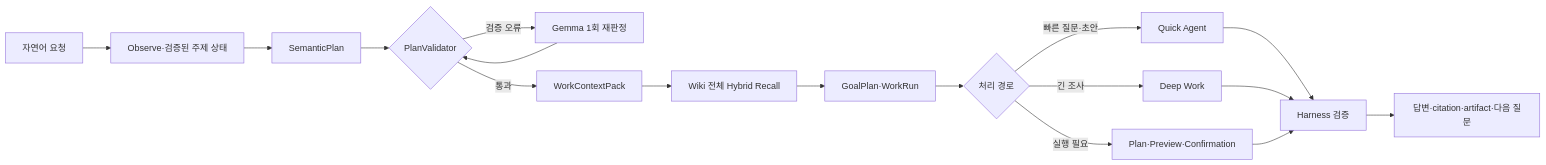
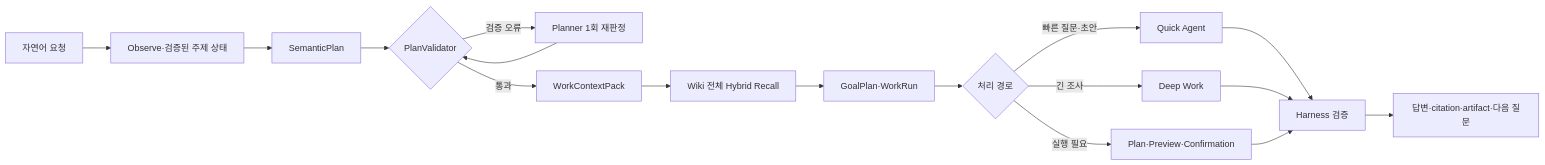
The third of 3 diagrams in data/boi/public/boi-wiki-manual/agent/using-boi-agent.md (chokukil/boi-wiki), drawn with Mermaid before and after one commit. The commit also changed other lines of this file and 9 other files, not shown here.

````diff
--- a/data/boi/public/boi-wiki-manual/agent/using-boi-agent.md
+++ b/data/boi/public/boi-wiki-manual/agent/using-boi-agent.md
@@ -200,19 +200,19 @@
 ```mermaid
 flowchart LR
   Q["자연어 요청"] --> O["Observe·검증된 주제 상태"]
   O --> S["SemanticPlan"]
   S --> V{"PlanValidator"}
-  V -->|검증 오류| REPAIR["Gemma 1회 재판정"]
+  V -->|검증 오류| REPAIR["Planner 1회 재판정"]
   REPAIR --> V
   V -->|통과| C["WorkContextPack"]
   C --> R["Wiki 전체 Hybrid Recall"]
   R --> P["GoalPlan·WorkRun"]
   P --> A{"처리 경로"}
   A -->|빠른 질문·초안| QUICK["Quick Agent"]
   A -->|긴 조사| DEEP["Deep Work"]
   A -->|실행 필요| GUARD["Plan·Preview·Confirmation"]
   QUICK --> H["Harness 검증"]
   DEEP --> H
   GUARD --> H
   H --> OUT["답변·citation·artifact·다음 질문"]
 ```
````
